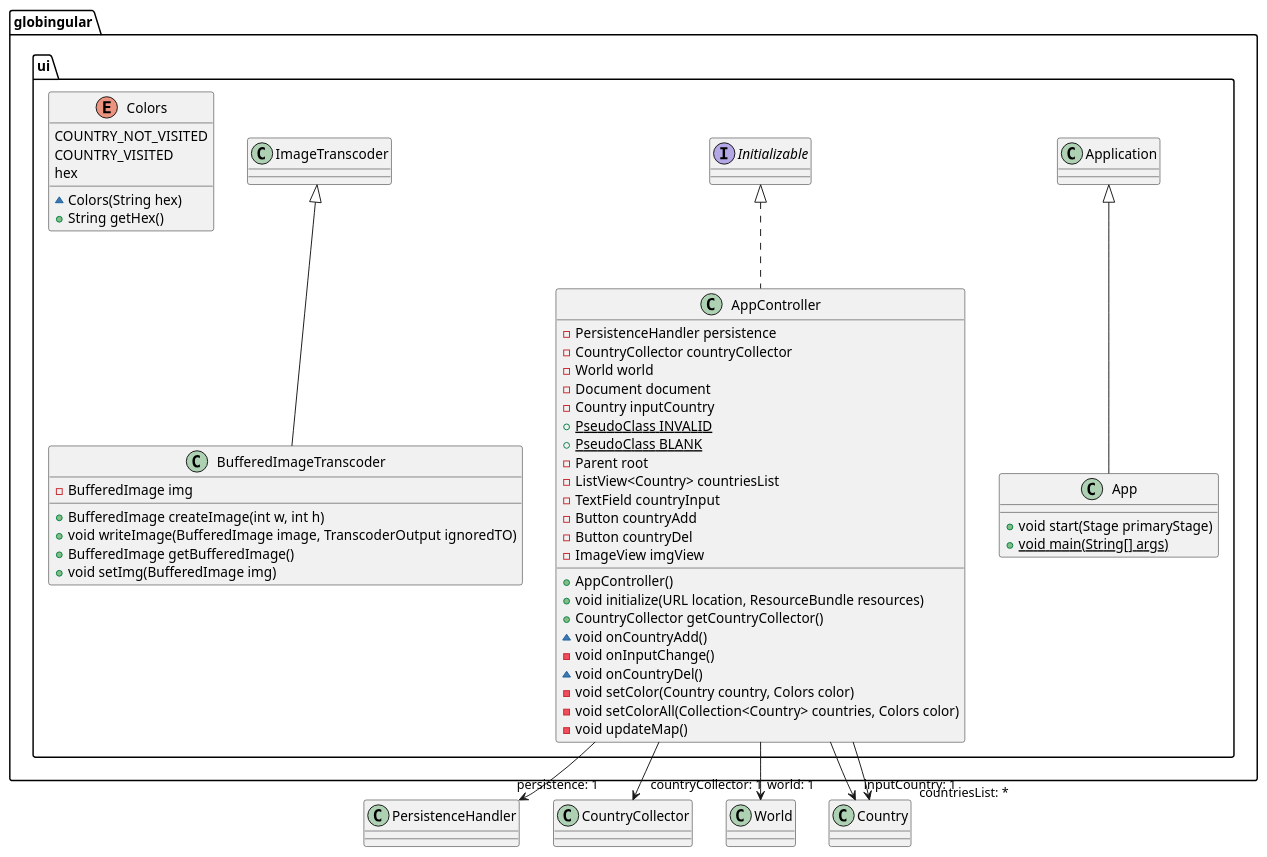
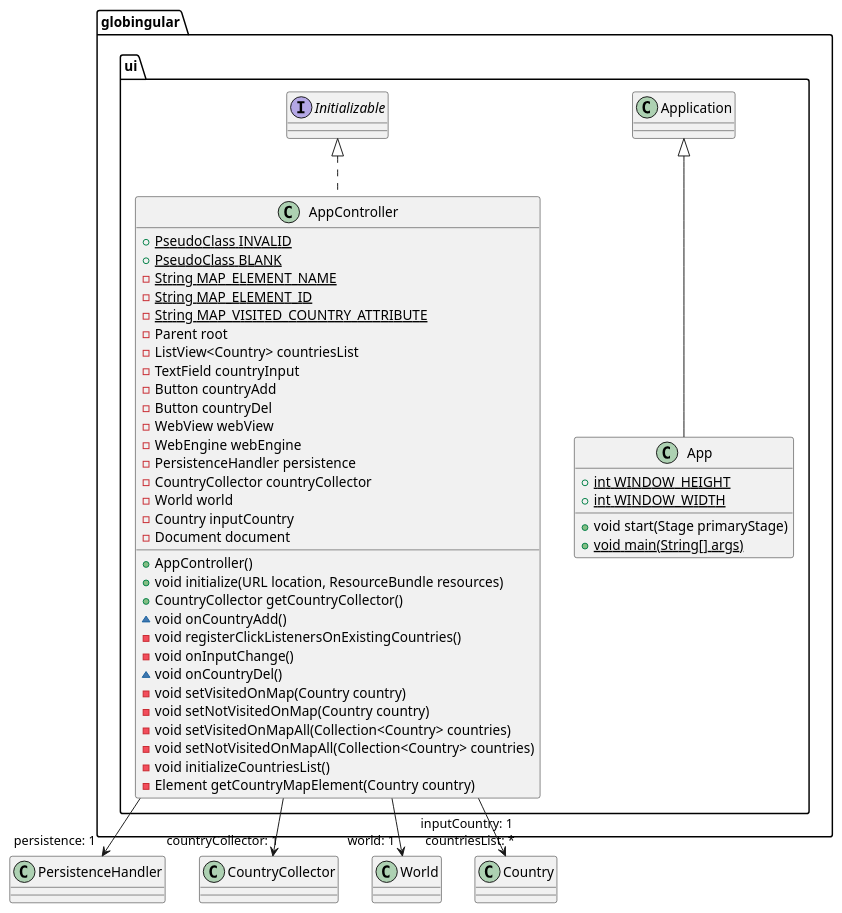
The diagram in globingular/ui/diagrams/classes.puml (dotClique/globingular), drawn with PlantUML before and after one commit. The commit also changed 2 other files, not shown here.

Commit message:
Update class diagrams to correspond with new code

```diff
--- a/globingular/ui/diagrams/classes.puml
+++ b/globingular/ui/diagrams/classes.puml
@@ -1,83 +1,57 @@
 @startuml classes_ui
 
-skinparam PageMargin 50
-
 package globingular.ui {
-	class App [[java:App]] {
+	class App [[java:globingular.ui.App]] {
+		+{static}int WINDOW_HEIGHT
+		+{static}int WINDOW_WIDTH
 		+void start(Stage primaryStage)
 		+{static}void main(String[] args)
 	}
-	class Application [[java:com.sun.glass.ui.Application]] {
+	class Application [[java:com.apple.eawt.Application]] {
 	}
 	Application <|-- App
-
+	
+	
 	class AppController [[java:globingular.ui.AppController]] {
-		-PersistenceHandler persistence
-		-CountryCollector countryCollector
-		-World world
-		-Document document
-		-Country inputCountry
 		+{static}PseudoClass INVALID
 		+{static}PseudoClass BLANK
+		-{static}String MAP_ELEMENT_NAME
+		-{static}String MAP_ELEMENT_ID
+		-{static}String MAP_VISITED_COUNTRY_ATTRIBUTE
 		-Parent root
 		-ListView<Country> countriesList
 		-TextField countryInput
 		-Button countryAdd
 		-Button countryDel
-		-ImageView imgView
+		-WebView webView
+		-WebEngine webEngine
+		-PersistenceHandler persistence
+		-CountryCollector countryCollector
+		-World world
+		-Country inputCountry
+		-Document document
 		+AppController()
 		+void initialize(URL location, ResourceBundle resources)
 		+CountryCollector getCountryCollector()
 		~void onCountryAdd()
+		-void registerClickListenersOnExistingCountries()
 		-void onInputChange()
 		~void onCountryDel()
-		-void setColor(Country country, Colors color)
-		-void setColorAll(Collection<Country> countries, Colors color)
-		-void updateMap()
+		-void setVisitedOnMap(Country country)
+		-void setNotVisitedOnMap(Country country)
+		-void setVisitedOnMapAll(Collection<Country> countries)
+		-void setNotVisitedOnMapAll(Collection<Country> countries)
+		-void initializeCountriesList()
+		-Element getCountryMapElement(Country country)
 	}
-	interface Initializable [[java:javafx.fxml.Initializable]] {
+	interface Initializable [[java:org.glassfish.jersey.client.Initializable]] {
 	}
 	Initializable <|.. AppController
-
-	class BufferedImageTranscoder [[java:globingular.ui.BufferedImageTranscoder]] {
-		-BufferedImage img
-		+BufferedImage createImage(int w, int h)
-		+void writeImage(BufferedImage image, TranscoderOutput ignoredTO)
-		+BufferedImage getBufferedImage()
-		+void setImg(BufferedImage img)
-	}
-	class ImageTranscoder [[java:javax.imageio.ImageTranscoder]] {
-	}
-	ImageTranscoder <|-- BufferedImageTranscoder
-
-	enum Colors [[java:globingular.ui.Colors]] {
-		COUNTRY_NOT_VISITED
-		COUNTRY_VISITED
-		hex
-		~Colors(String hex)
-		+String getHex()
-	}
 }
-
-
-' package globingular.core {
-'     class Country {
-'     }
-'     class CountryCollector {
-'     }
-'     class World {
-'     }
-' }
-
-' package globingular.persistence {
-'     class PersistenceHandler {
-'     }
-' }
 
 AppController --> "persistence: 1" PersistenceHandler
 AppController --> "countryCollector: 1" CountryCollector
 AppController --> "world: 1" World
-AppController --> "inputCountry: 1" Country
-AppController --> "countriesList: *" Country
+AppController --> "inputCountry: 1 \n countriesList: *" Country
 
 @enduml
```
